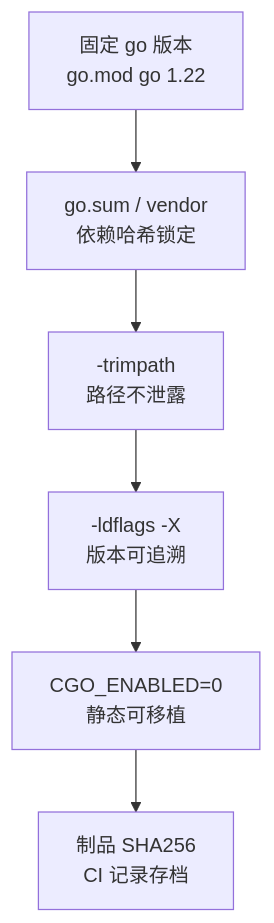
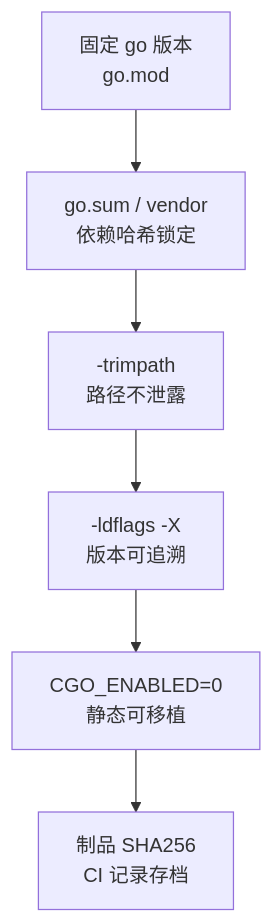
Before and after one commit to ml-cuizijun/LearnToLilith: the third of 5 diagrams in 05-开发能力/03-Go/15-编译交付与读源码/知识点.md, drawn with Mermaid. The commit also changed other lines of this file and 178 other files, not shown here.

````diff
--- a/05-开发能力/03-Go/15-编译交付与读源码/知识点.md
+++ b/05-开发能力/03-Go/15-编译交付与读源码/知识点.md
@@ -262,8 +245,8 @@
 ```mermaid
 flowchart TB
-    A["固定 go 版本<br/>go.mod go 1.22"] --> B["go.sum / vendor<br/>依赖哈希锁定"]
+    A["固定 go 版本<br/>go.mod"] --> B["go.sum / vendor<br/>依赖哈希锁定"]
     B --> C["-trimpath<br/>路径不泄露"]
     C --> D["-ldflags -X<br/>版本可追溯"]
     D --> E["CGO_ENABLED=0<br/>静态可移植"]
     E --> F["制品 SHA256<br/>CI 记录存档"]
 ```
````
